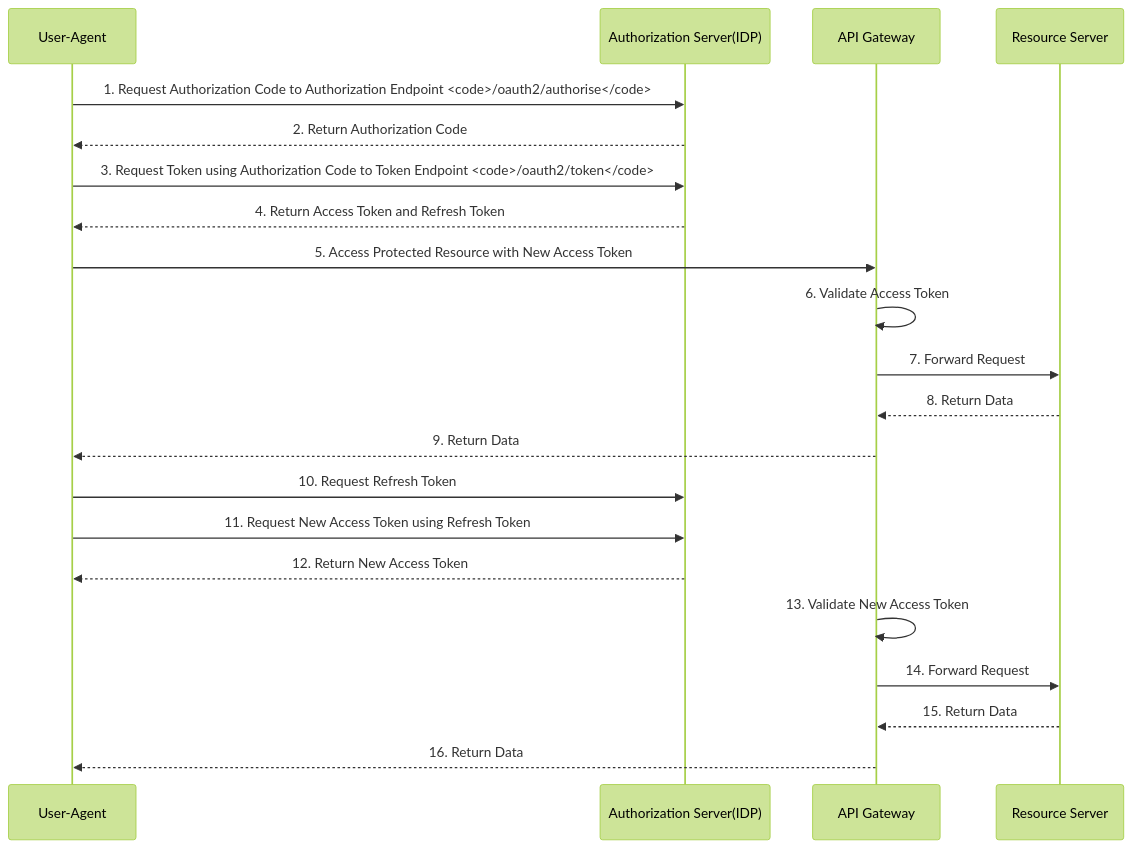
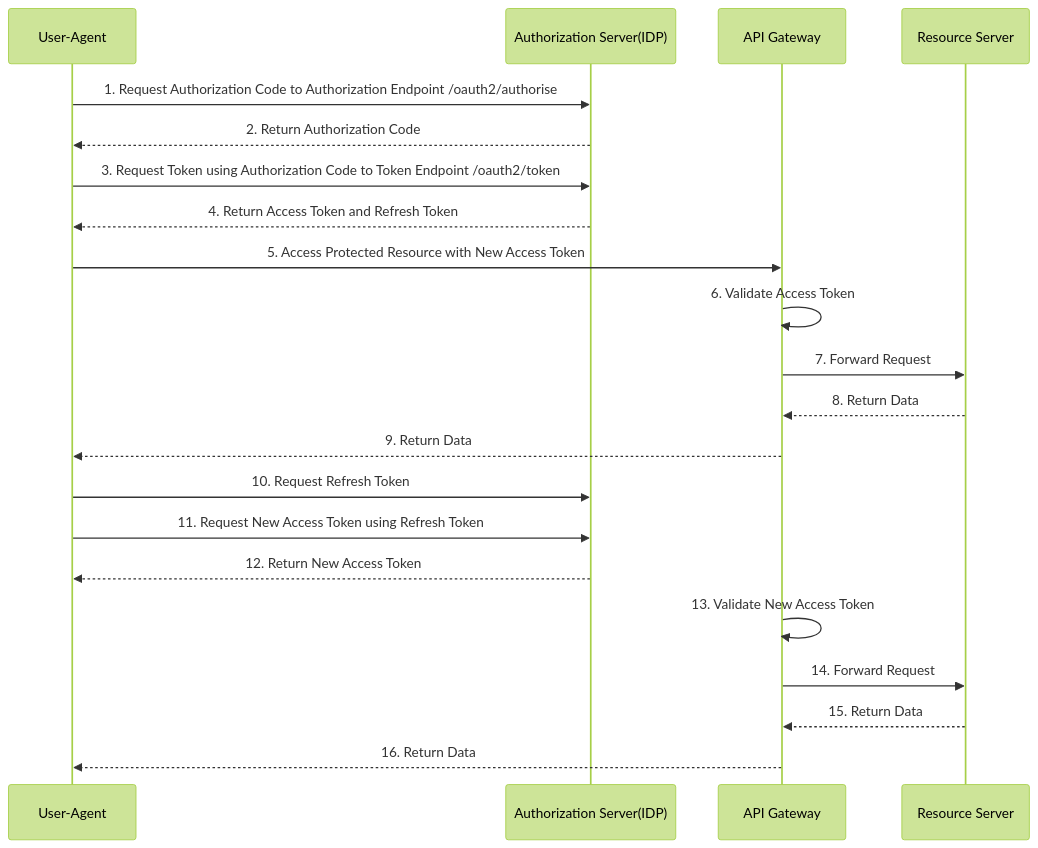
The first of 2 diagrams in Authentication.md (sunilchandra007/my-api-playground), drawn with Mermaid (forest theme) before and after one commit. The commit also changed other lines of this file, not shown here.

````diff
--- a/Authentication.md
+++ b/Authentication.md
@@ -10,27 +8,27 @@
 ```mermaid
 sequenceDiagram
     participant UA as User-Agent
     participant AR as Authorization Server(IDP)
     participant AG as API Gateway
     participant RS as Resource Server
 
-    UA->>AR: 1. Request Authorization Code to Authorization Endpoint <code>/oauth2/authorise</code>
+    UA->>AR: 1. Request Authorization Code to Authorization Endpoint /oauth2/authorise
     AR-->>UA: 2. Return Authorization Code
-    UA->>AR: 3. Request Token using Authorization Code to Token Endpoint <code>/oauth2/token</code>
+    UA->>AR: 3. Request Token using Authorization Code to Token Endpoint /oauth2/token
     AR-->>UA: 4. Return Access Token and Refresh Token
 
     UA->>AG: 5. Access Protected Resource with New Access Token
     AG->>AG: 6. Validate Access Token
     AG->>RS: 7. Forward Request
     RS-->>AG: 8. Return Data
     AG-->>UA: 9. Return Data
 
 
     UA->>AR: 10. Request Refresh Token
     UA->>AR: 11. Request New Access Token using Refresh Token
     AR-->>UA: 12. Return New Access Token
     AG->>AG: 13. Validate New Access Token
     AG->>RS: 14. Forward Request
     RS-->>AG: 15. Return Data
     AG-->>UA: 16. Return Data
 ```
````
